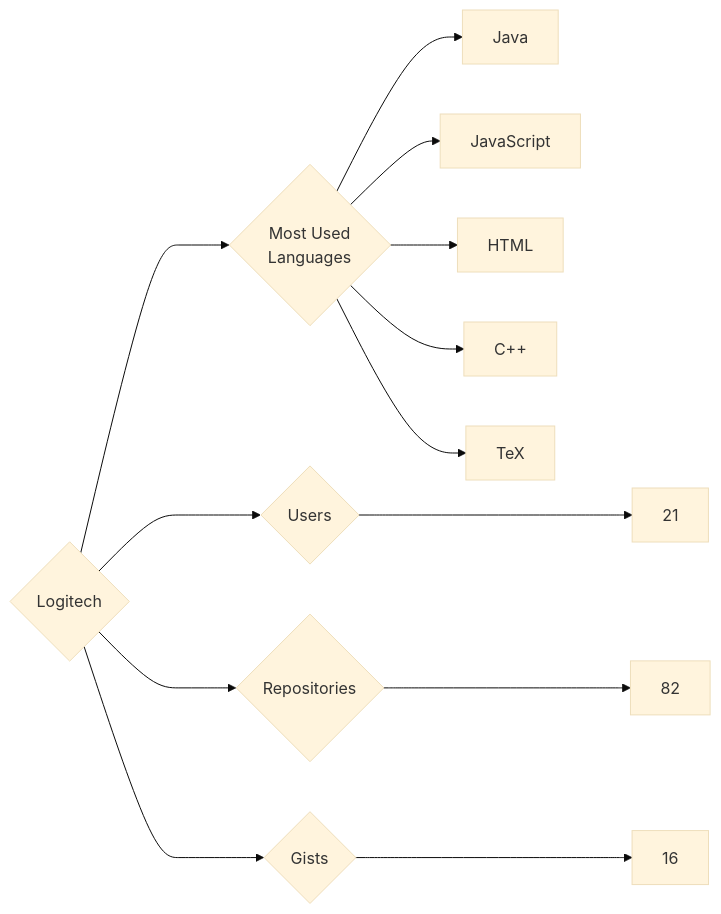
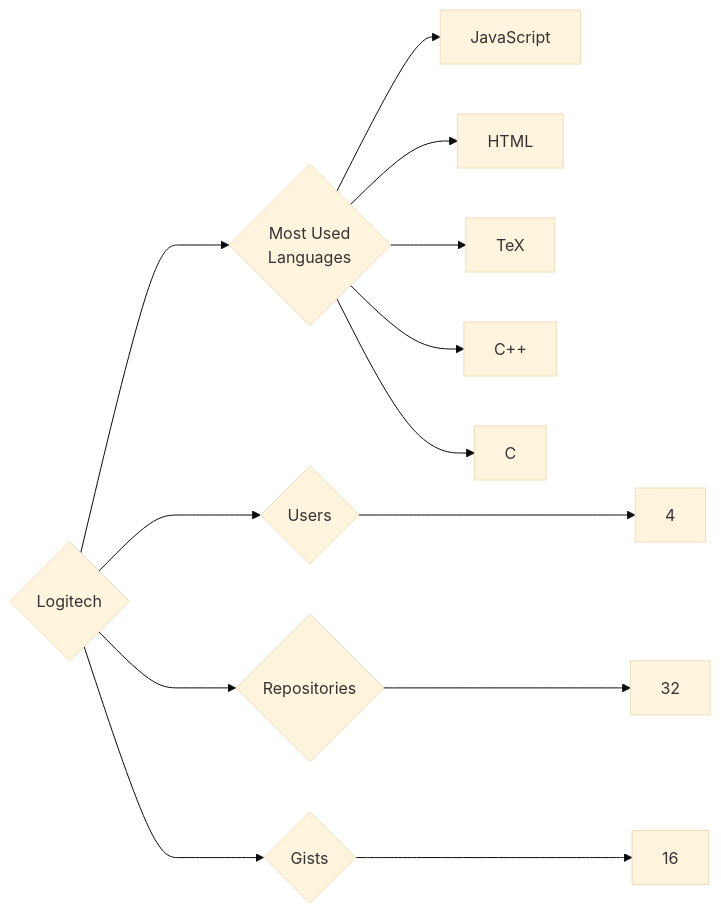
The diagram in targets/Logitech/README.md (trickest/insiders), drawn with Mermaid (base theme) before and after one commit. The commit also changed 757 other files, not shown here.

````diff
--- a/targets/Logitech/README.md
+++ b/targets/Logitech/README.md
@@ -3,13 +3,13 @@
 ```mermaid
 graph LR
 COMPANY_NAME{Logitech}
-COMPANY_NAME ---> U{Users} ---> UN[21]
-COMPANY_NAME ---> R{Repositories} ---> RN[82]
+COMPANY_NAME ---> U{Users} ---> UN[4]
+COMPANY_NAME ---> R{Repositories} ---> RN[32]
 COMPANY_NAME ---> G{Gists} ---> GN[16]
 COMPANY_NAME ---> ML{Most Used<br>Languages}
-ML --> Java[Java]
 ML --> JavaScript[JavaScript]
 ML --> HTML[HTML]
+ML --> TeX[TeX]
 ML --> C++[C++]
-ML --> TeX[TeX]
+ML --> C[C]
 ```
````
